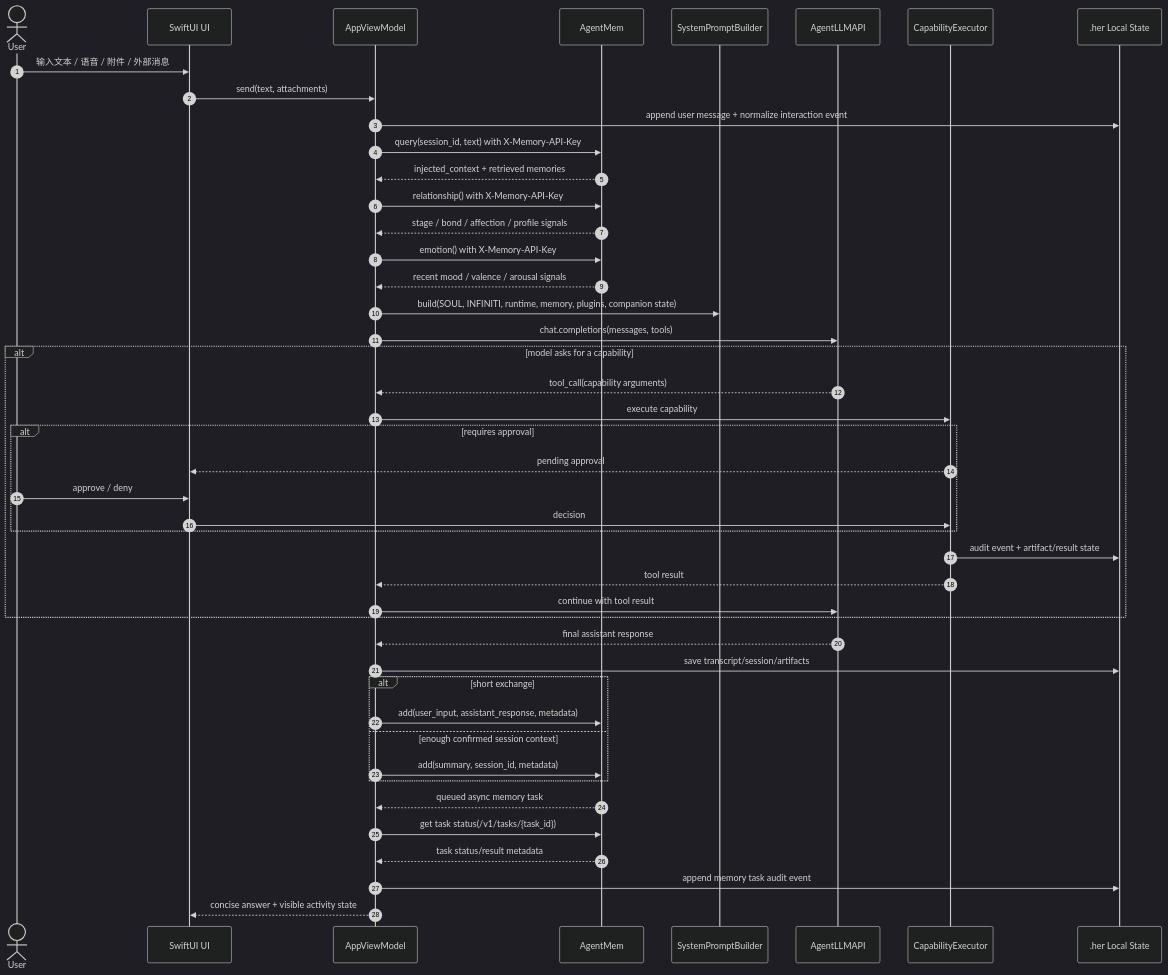
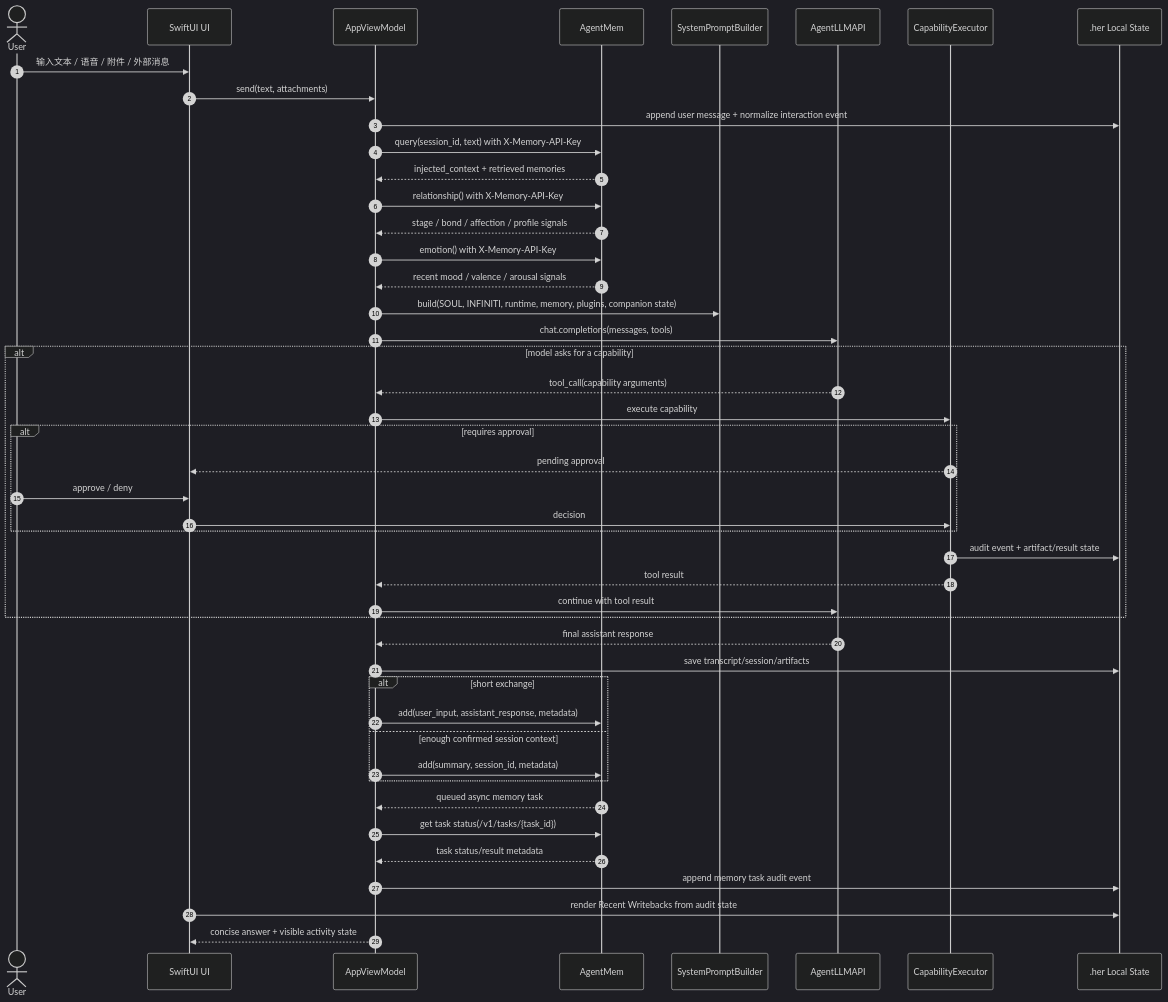
Before and after one commit to stelee410/her-desktop: the sixth of 7 diagrams in docs/her-desktop-architecture.md, drawn with Mermaid (dark theme). The commit also changed 4 other files, not shown here.

````diff
--- a/docs/her-desktop-architecture.md
+++ b/docs/her-desktop-architecture.md
@@ -332,48 +332,49 @@
 ```mermaid
 sequenceDiagram
     autonumber
     actor U as User
     participant UI as SwiftUI UI
     participant VM as AppViewModel
     participant MEM as AgentMem
     participant PB as SystemPromptBuilder
     participant LLM as AgentLLMAPI
     participant EX as CapabilityExecutor
     participant APP as .her Local State
 
     U->>UI: 输入文本 / 语音 / 附件 / 外部消息
     UI->>VM: send(text, attachments)
     VM->>APP: append user message + normalize interaction event
     VM->>MEM: query(session_id, text) with X-Memory-API-Key
     MEM-->>VM: injected_context + retrieved memories
     VM->>MEM: relationship() with X-Memory-API-Key
     MEM-->>VM: stage / bond / affection / profile signals
     VM->>MEM: emotion() with X-Memory-API-Key
     MEM-->>VM: recent mood / valence / arousal signals
     VM->>PB: build(SOUL, INFINITI, runtime, memory, plugins, companion state)
     VM->>LLM: chat.completions(messages, tools)
     alt model asks for a capability
         LLM-->>VM: tool_call(capability arguments)
         VM->>EX: execute capability
         alt requires approval
             EX-->>UI: pending approval
             U->>UI: approve / deny
             UI->>EX: decision
         end
         EX->>APP: audit event + artifact/result state
         EX-->>VM: tool result
         VM->>LLM: continue with tool result
     end
     LLM-->>VM: final assistant response
     VM->>APP: save transcript/session/artifacts
     alt short exchange
         VM->>MEM: add(user_input, assistant_response, metadata)
     else enough confirmed session context
         VM->>MEM: add(summary, session_id, metadata)
     end
     MEM-->>VM: queued async memory task
     VM->>MEM: get task status(/v1/tasks/{task_id})
     MEM-->>VM: task status/result metadata
     VM->>APP: append memory task audit event
+    UI->>APP: render Recent Writebacks from audit state
     VM-->>UI: concise answer + visible activity state
 ```
````
